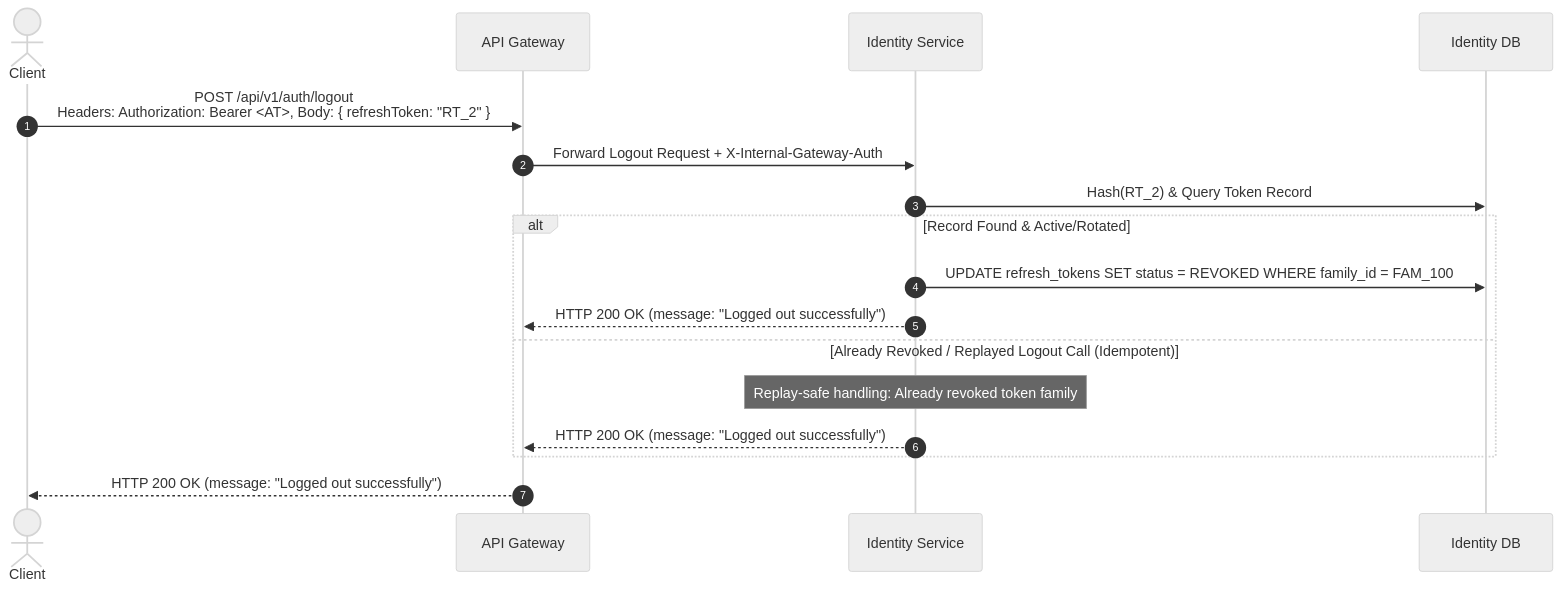
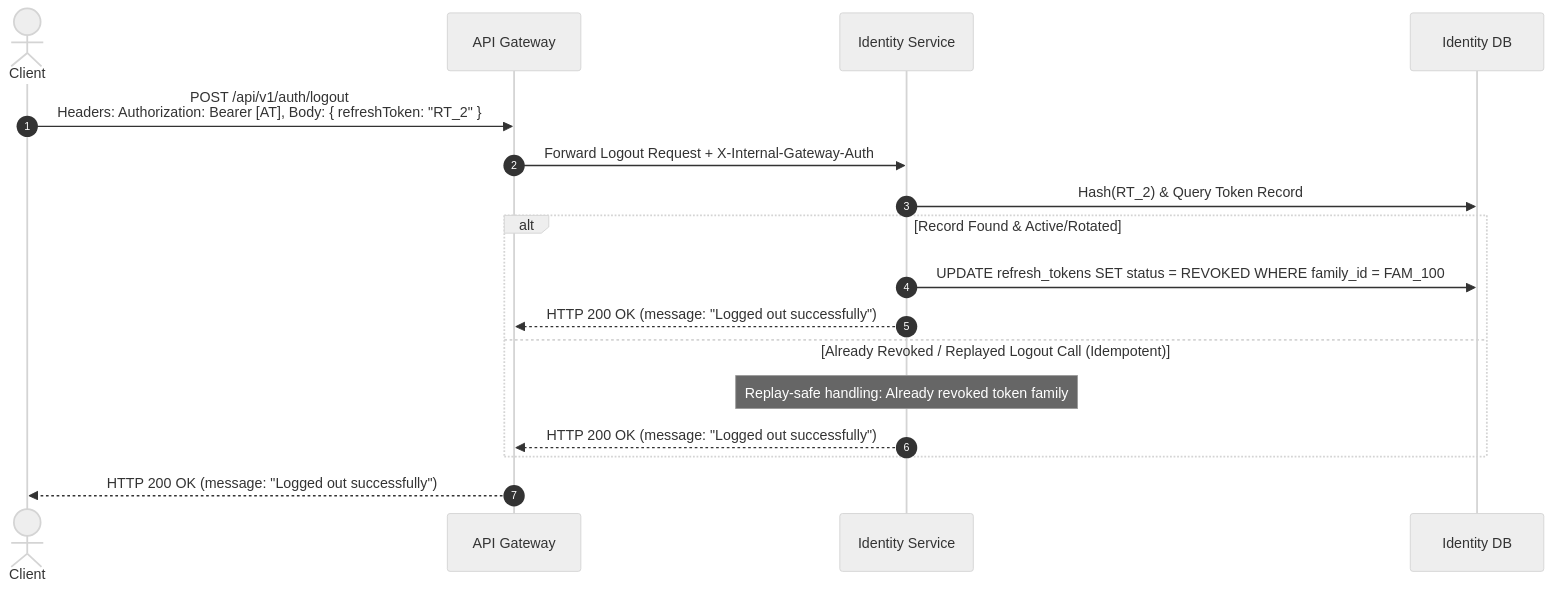
Before and after one commit to vanphutin/movie-ticket-booking-app: the third of 5 diagrams in AI-contracts/designs/2026-07-28-tkt-w04-d03-design.md, drawn with Mermaid (neutral theme). The commit also changed other lines of this file and 2 other files, not shown here.

First line of the commit message:
fix(docs): fix Mermaid diagram syntax errors for compatibility with Mermaid 10.9.6

````diff
--- a/AI-contracts/designs/2026-07-28-tkt-w04-d03-design.md
+++ b/AI-contracts/designs/2026-07-28-tkt-w04-d03-design.md
@@ -229,20 +229,20 @@
   ```mermaid
   sequenceDiagram
       autonumber
       actor Client
       participant Gateway as API Gateway
       participant Auth as Identity Service
       participant DB as Identity DB
 
-      Client->>Gateway: POST /api/v1/auth/logout<br/>Headers: Authorization: Bearer <AT>, Body: { refreshToken: "RT_2" }
+      Client->>Gateway: POST /api/v1/auth/logout<br/>Headers: Authorization: Bearer [AT], Body: { refreshToken: "RT_2" }
       Gateway->>Auth: Forward Logout Request + X-Internal-Gateway-Auth
       Auth->>DB: Hash(RT_2) & Query Token Record
       alt Record Found & Active/Rotated
           Auth->>DB: UPDATE refresh_tokens SET status = REVOKED WHERE family_id = FAM_100
           Auth-->>Gateway: HTTP 200 OK (message: "Logged out successfully")
       else Already Revoked / Replayed Logout Call (Idempotent)
           Note over Auth: Replay-safe handling: Already revoked token family
           Auth-->>Gateway: HTTP 200 OK (message: "Logged out successfully")
       end
       Gateway-->>Client: HTTP 200 OK (message: "Logged out successfully")
   ```
````
